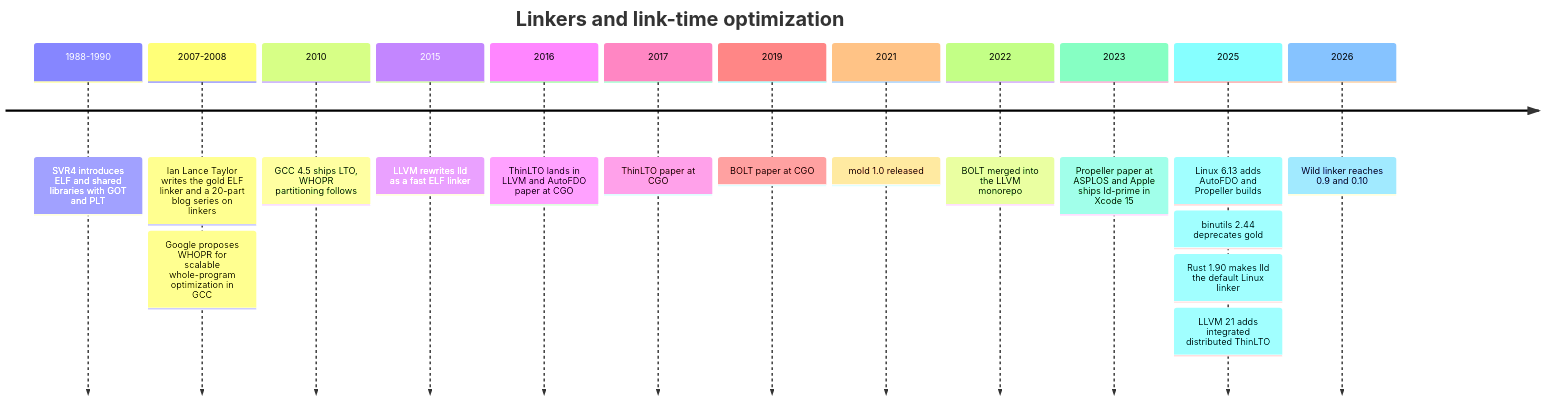
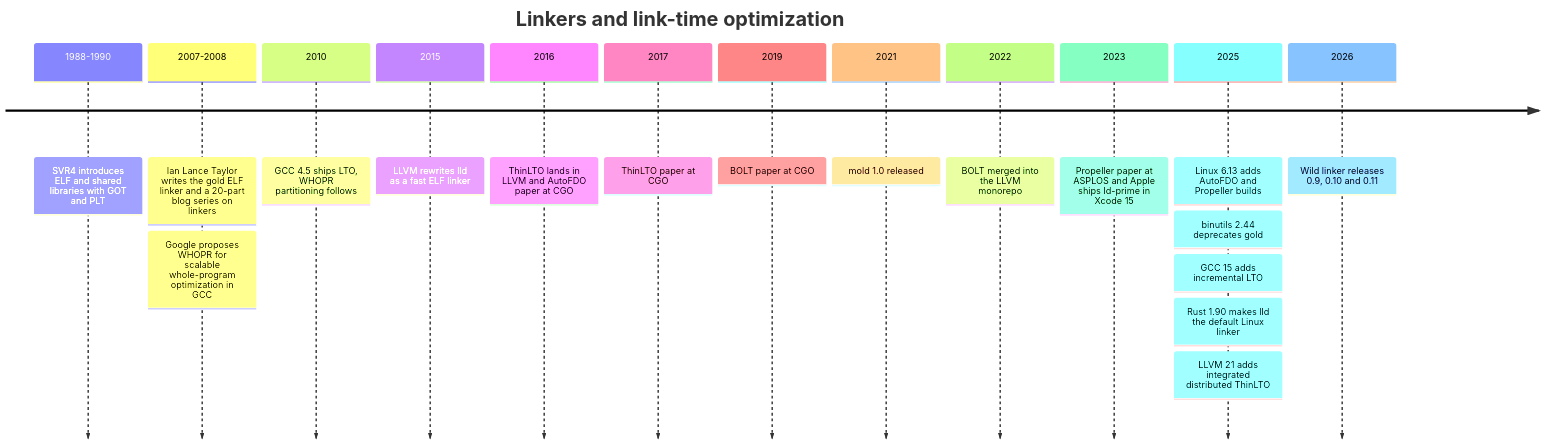
One commit to ImRuliad/Library-of-Alexandria changed the first of 2 diagrams in Compilers/Backends & Code Generation/Linking and LTO/Linking and LTO.md. Above: the diagram before and after it, drawn with Mermaid. The commit also changed other lines of this file, not shown here.

Commit message:
Linking and LTO: fact-check pass (status: complete)

````diff
--- a/Compilers/Backends & Code Generation/Linking and LTO/Linking and LTO.md
+++ b/Compilers/Backends & Code Generation/Linking and LTO/Linking and LTO.md
@@ -185,20 +193,21 @@
 ```mermaid
 timeline
     title Linkers and link-time optimization
     1988-1990 : SVR4 introduces ELF and shared libraries with GOT and PLT
     2007-2008 : Ian Lance Taylor writes the gold ELF linker and a 20-part blog series on linkers
               : Google proposes WHOPR for scalable whole-program optimization in GCC
     2010 : GCC 4.5 ships LTO, WHOPR partitioning follows
     2015 : LLVM rewrites lld as a fast ELF linker
     2016 : ThinLTO lands in LLVM and AutoFDO paper at CGO
     2017 : ThinLTO paper at CGO
     2019 : BOLT paper at CGO
     2021 : mold 1.0 released
     2022 : BOLT merged into the LLVM monorepo
     2023 : Propeller paper at ASPLOS and Apple ships ld-prime in Xcode 15
     2025 : Linux 6.13 adds AutoFDO and Propeller builds
          : binutils 2.44 deprecates gold
+         : GCC 15 adds incremental LTO
          : Rust 1.90 makes lld the default Linux linker
          : LLVM 21 adds integrated distributed ThinLTO
-    2026 : Wild linker reaches 0.9 and 0.10
+    2026 : Wild linker releases 0.9, 0.10 and 0.11
 ```
````
